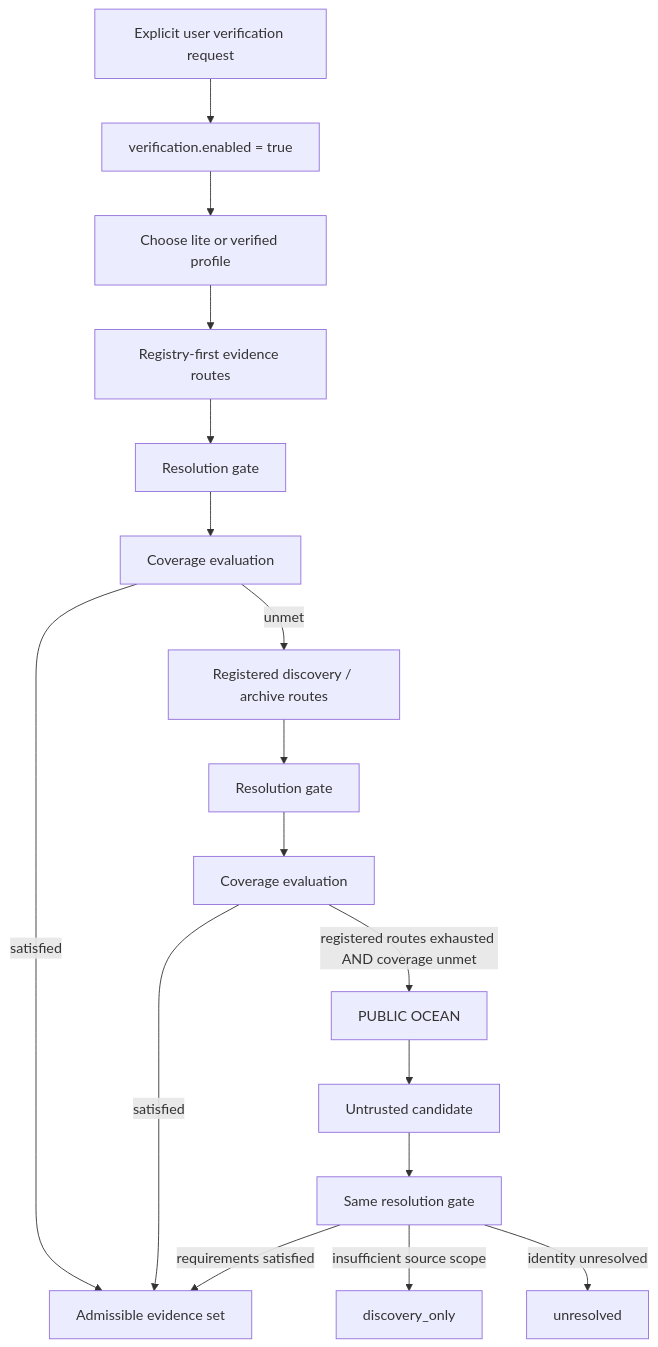
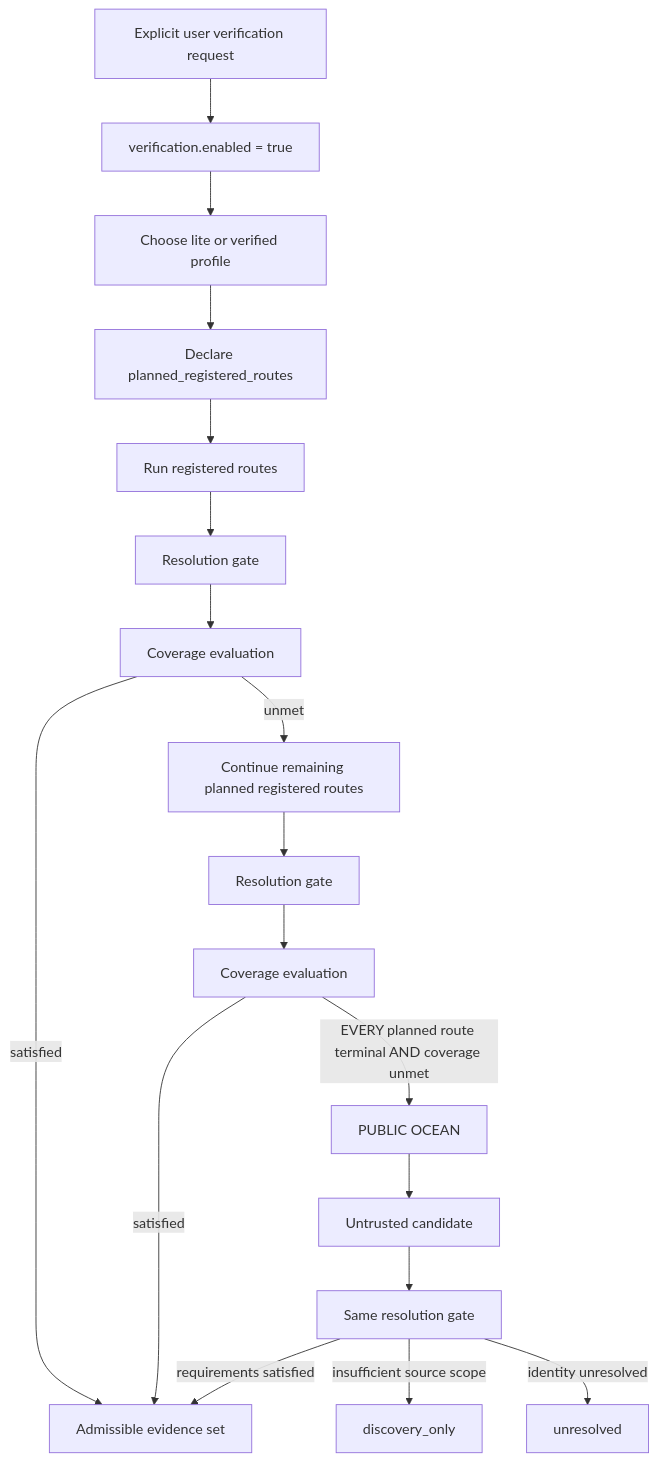
The second of 2 diagrams in RETRIEVAL_ROUTING.md (hoiyu915-droid/open-scholarly-sources), drawn with Mermaid before and after one commit. The commit also changed other lines of this file, not shown here.

Commit message:
Document complete route accounting before public-ocean fallback

````diff
--- a/RETRIEVAL_ROUTING.md
+++ b/RETRIEVAL_ROUTING.md
@@ -122,19 +118,20 @@
 ```mermaid
 flowchart TD
     U[Explicit user verification request] --> V[verification.enabled = true]
     V --> P[Choose lite or verified profile]
-    P --> R1[Registry-first evidence routes]
+    P --> PLAN[Declare planned_registered_routes]
+    PLAN --> R1[Run registered routes]
     R1 --> G1[Resolution gate]
     G1 --> C1[Coverage evaluation]
     C1 -->|satisfied| A[Admissible evidence set]
-    C1 -->|unmet| R2[Registered discovery / archive routes]
+    C1 -->|unmet| R2[Continue remaining planned registered routes]
     R2 --> G2[Resolution gate]
     G2 --> C2[Coverage evaluation]
     C2 -->|satisfied| A
-    C2 -->|registered routes exhausted AND coverage unmet| O[PUBLIC OCEAN]
+    C2 -->|EVERY planned route terminal AND coverage unmet| O[PUBLIC OCEAN]
     O --> X[Untrusted candidate]
     X --> G3[Same resolution gate]
     G3 -->|requirements satisfied| A
     G3 -->|insufficient source scope| D[discovery_only]
     G3 -->|identity unresolved| N[unresolved]
 ```
````
